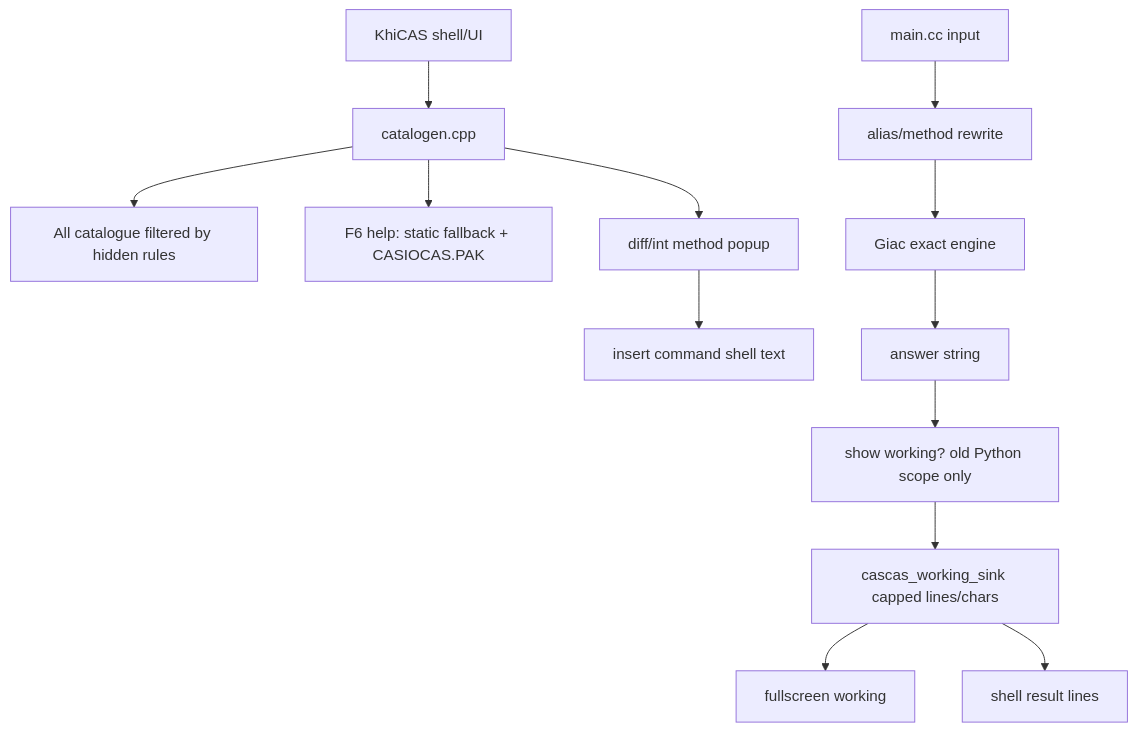
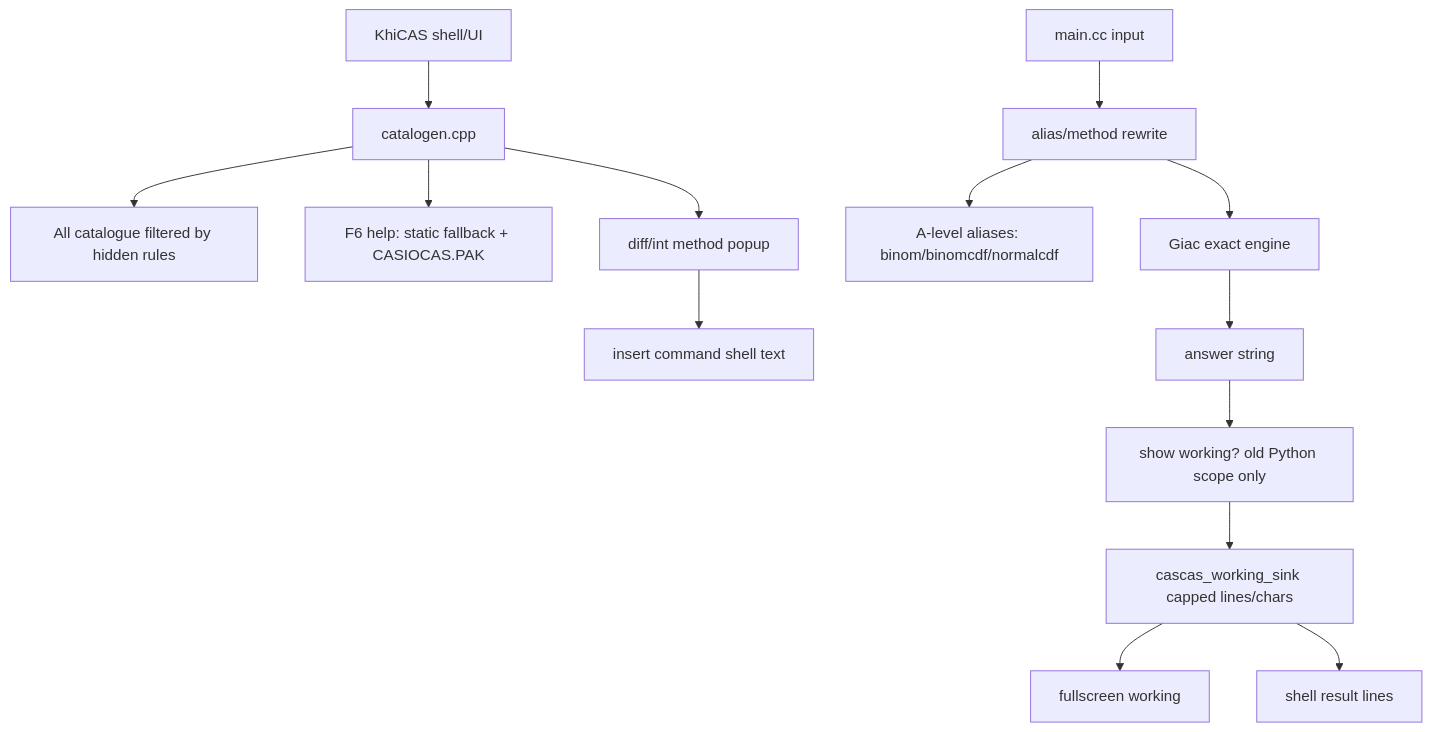
Before and after one commit to james8464/notes-addin-casio-fx-cg50: the second of 10 diagrams in c++/GRAPH.md, drawn with Mermaid. The commit also changed 2 other files, not shown here.

Commit message:
Align binomial aliases in production KhiCAS

````diff
--- a/c++/GRAPH.md
+++ b/c++/GRAPH.md
@@ -46,16 +46,17 @@
 ```mermaid
 graph TD
   UI["KhiCAS shell/UI"] --> Cat["catalogen.cpp"]
   Cat --> All["All catalogue filtered by hidden rules"]
   Cat --> Help["F6 help: static fallback + CASIOCAS.PAK"]
   Cat --> Method["diff/int method popup"]
   Method --> Insert["insert command shell text"]
 
   Shell["main.cc input"] --> Rewrite["alias/method rewrite"]
+  Rewrite --> Dist["A-level aliases: binom/binomcdf/normalcdf"]
   Rewrite --> Giac["Giac exact engine"]
   Giac --> Ans["answer string"]
   Ans --> Gate["show working? old Python scope only"]
   Gate --> Sink["cascas_working_sink capped lines/chars"]
   Sink --> WorkScreen["fullscreen working"]
   Sink --> History["shell result lines"]
 ```
````
